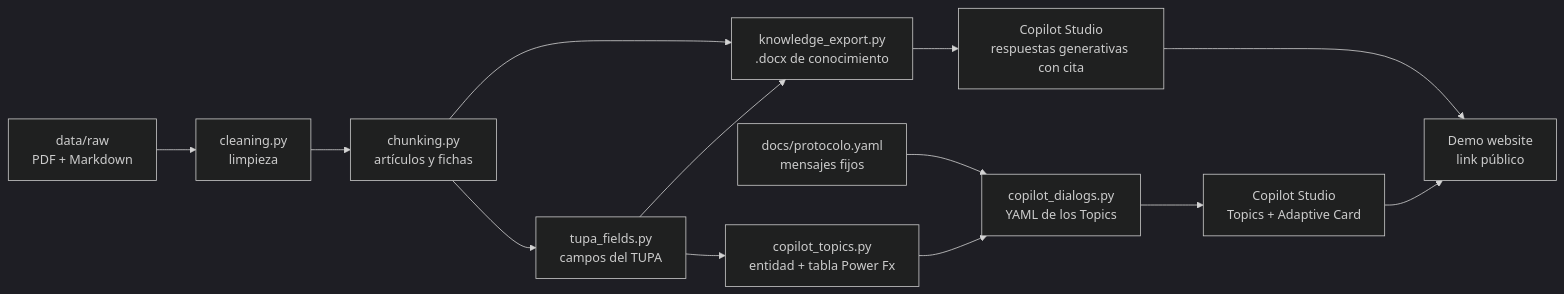
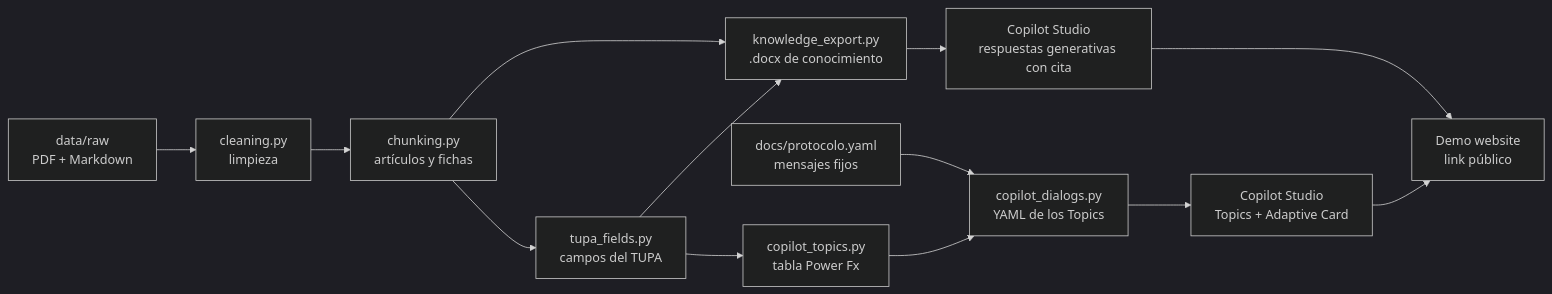
Before and after one commit to vchirinosb/chatbot-normatividad: the diagram in docs/wiki/Arquitectura.md, drawn with Mermaid (dark theme). The commit also changed other lines of this file and 11 other files, not shown here.

````diff
--- a/docs/wiki/Arquitectura.md
+++ b/docs/wiki/Arquitectura.md
@@ -13,15 +13,15 @@
 ```mermaid
 flowchart LR
     A[data/raw<br/>PDF + Markdown] --> B[cleaning.py<br/>limpieza]
     B --> C[chunking.py<br/>artículos y fichas]
     C --> D[tupa_fields.py<br/>campos del TUPA]
     C --> E[knowledge_export.py<br/>.docx de conocimiento]
     D --> E
-    D --> F[copilot_topics.py<br/>entidad + tabla Power Fx]
+    D --> F[copilot_topics.py<br/>tabla Power Fx]
     P[docs/protocolo.yaml<br/>mensajes fijos] --> G[copilot_dialogs.py<br/>YAML de los Topics]
     F --> G
     E --> H[Copilot Studio<br/>respuestas generativas con cita]
     G --> I[Copilot Studio<br/>Topics + Adaptive Card]
     H --> J[Demo website<br/>link público]
     I --> J
 ```
````
